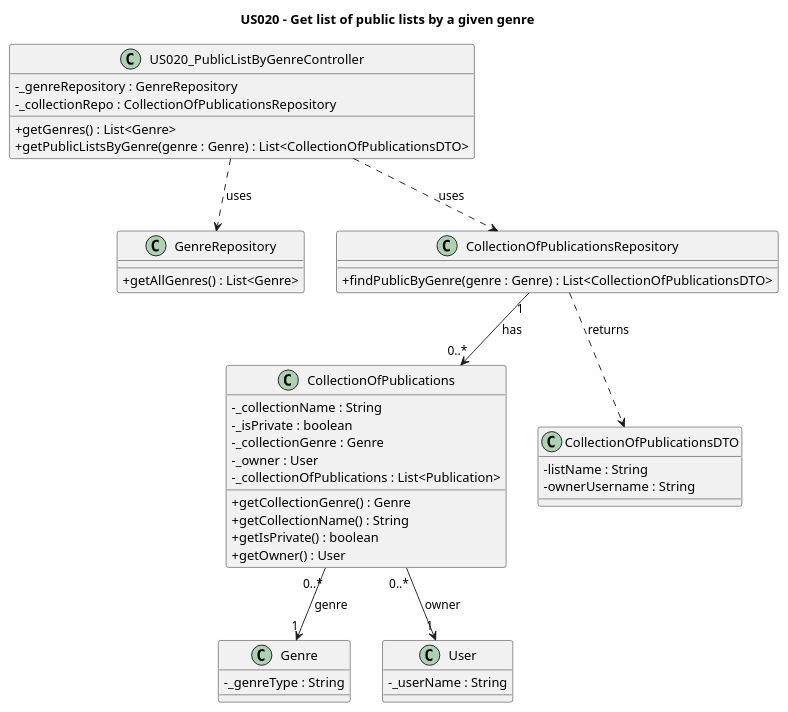
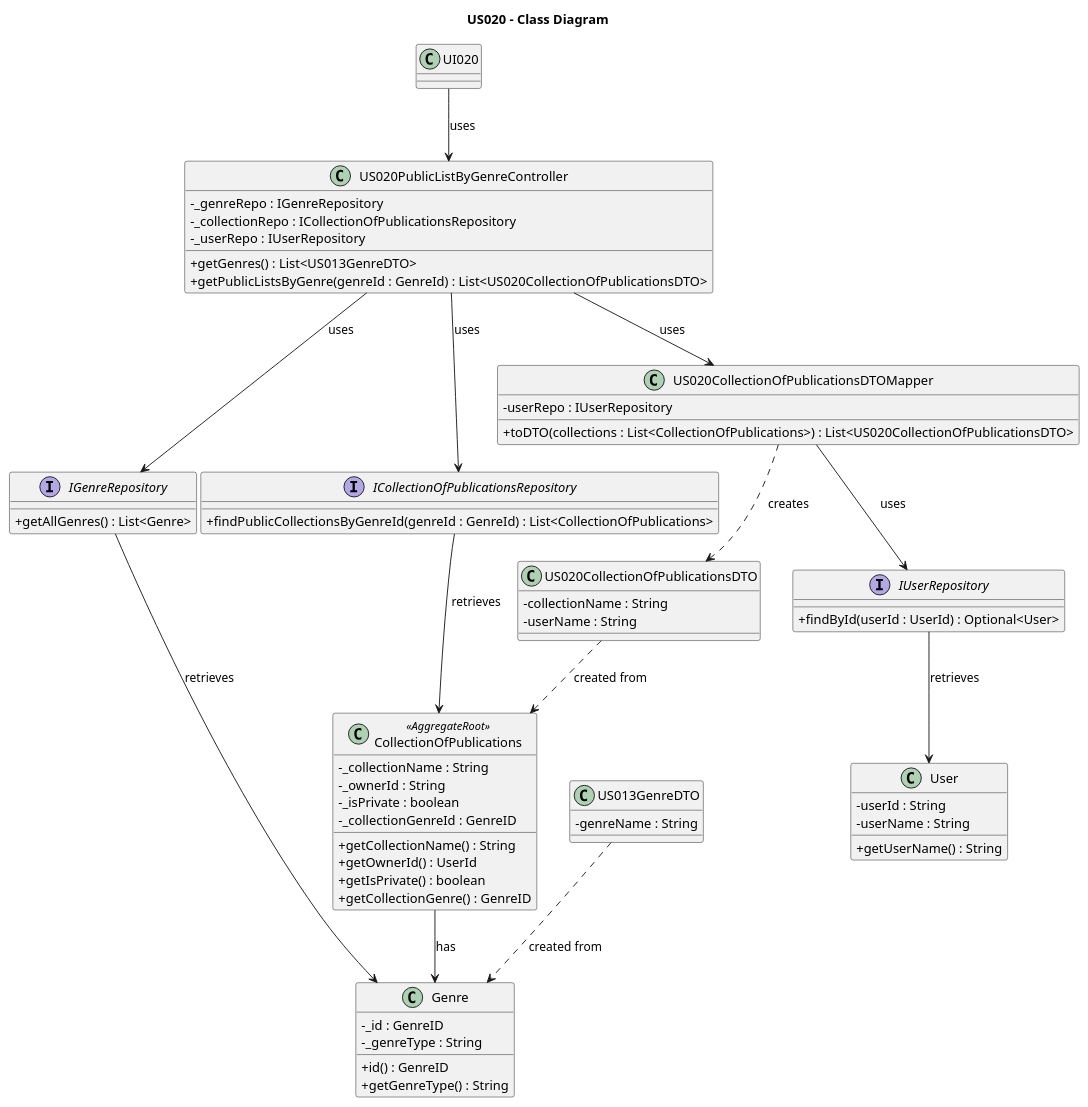
The diagram in Diagrams/ClassDiagrams/US020-to-get-list-of-public-lists-of-a-given-genre.puml (AndrePereiraGitH/SWitCH-Project-Team_A), drawn with PlantUML before and after one commit. The commit also changed 5 other files, not shown here.

Commit message:
Working on #619, fixed SSD, SD and CD diagrams for US020

```diff
--- a/Diagrams/ClassDiagrams/US020-to-get-list-of-public-lists-of-a-given-genre.puml
+++ b/Diagrams/ClassDiagrams/US020-to-get-list-of-public-lists-of-a-given-genre.puml
@@ -1,56 +1,81 @@
 @startuml
 skinparam classAttributeIconSize 0
 
-title US020 - Get list of public lists by a given genre
+title US020 - Class Diagram
 
-class US020_PublicListByGenreController {
-  - _genreRepository : GenreRepository
-  - _collectionRepo : CollectionOfPublicationsRepository
-  + getGenres() : List<Genre>
-  + getPublicListsByGenre(genre : Genre) : List<CollectionOfPublicationsDTO>
+class US020PublicListByGenreController {
+  -_genreRepo : IGenreRepository
+  -_collectionRepo : ICollectionOfPublicationsRepository
+  -_userRepo : IUserRepository
+  +getGenres() : List<US013GenreDTO>
+  +getPublicListsByGenre(genreId : GenreId) : List<US020CollectionOfPublicationsDTO>
 }
 
-class GenreRepository {
-  + getAllGenres() : List<Genre>
+Interface IGenreRepository {
+  +getAllGenres() : List<Genre>
 }
 
-class CollectionOfPublicationsRepository {
-  + findPublicByGenre(genre : Genre) : List<CollectionOfPublicationsDTO>
+Interface ICollectionOfPublicationsRepository {
+  +findPublicCollectionsByGenreId(genreId : GenreId) : List<CollectionOfPublications>
+}
+
+class US020CollectionOfPublicationsDTOMapper {
+  -userRepo : IUserRepository
+  +toDTO(collections : List<CollectionOfPublications>) : List<US020CollectionOfPublicationsDTO>
+}
+
+Interface IUserRepository {
+  +findById(userId : UserId) : Optional<User>
+}
+
+class CollectionOfPublications <<AggregateRoot>> {
+  -_collectionName : String
+  -_ownerId : String
+  -_isPrivate : boolean
+  -_collectionGenreId : GenreID
+  +getCollectionName() : String
+  +getOwnerId() : UserId
+  +getIsPrivate() : boolean
+  +getCollectionGenre() : GenreID
 }
 
 class Genre {
-  - _genreType : String
+  -_id : GenreID
+  -_genreType : String
+  +id() : GenreID
+  +getGenreType() : String
 }
 
 class User {
-  - _userName : String
+  -userId : String
+  -userName : String
+  +getUserName() : String
 }
 
-class CollectionOfPublications {
-  - _collectionName : String
-  - _isPrivate : boolean
-  - _collectionGenre : Genre
-  - _owner : User
-  - _collectionOfPublications : List<Publication>
-  + getCollectionGenre() : Genre
-  + getCollectionName() : String
-  + getIsPrivate() : boolean
-  + getOwner() : User
+class US013GenreDTO {
+  -genreName : String
 }
 
-class CollectionOfPublicationsDTO {
-  - listName : String
-  - ownerUsername : String
+class US020CollectionOfPublicationsDTO {
+  -collectionName : String
+  -userName : String
 }
 
-US020_PublicListByGenreController ..> GenreRepository : uses
-US020_PublicListByGenreController ..> CollectionOfPublicationsRepository : uses
+UI020 --> US020PublicListByGenreController : uses
 
-CollectionOfPublicationsRepository "1" --> "0..*" CollectionOfPublications : has
+US020PublicListByGenreController --> IGenreRepository : uses
+US020PublicListByGenreController --> ICollectionOfPublicationsRepository : uses
+US020PublicListByGenreController --> US020CollectionOfPublicationsDTOMapper : uses
 
-CollectionOfPublications "0..*" --> "1" Genre : genre
-CollectionOfPublications "0..*" --> "1" User : owner
+US020CollectionOfPublicationsDTOMapper --> IUserRepository : uses
 
-CollectionOfPublicationsRepository ..> CollectionOfPublicationsDTO : returns
+CollectionOfPublications --> Genre : has
+US013GenreDTO ..> Genre : created from
+US020CollectionOfPublicationsDTO ..> CollectionOfPublications : created from
+US020CollectionOfPublicationsDTOMapper ..> US020CollectionOfPublicationsDTO : creates
+
+IUserRepository --> User : retrieves
+ICollectionOfPublicationsRepository --> CollectionOfPublications : retrieves
+IGenreRepository --> Genre : retrieves
 
 @enduml
```
